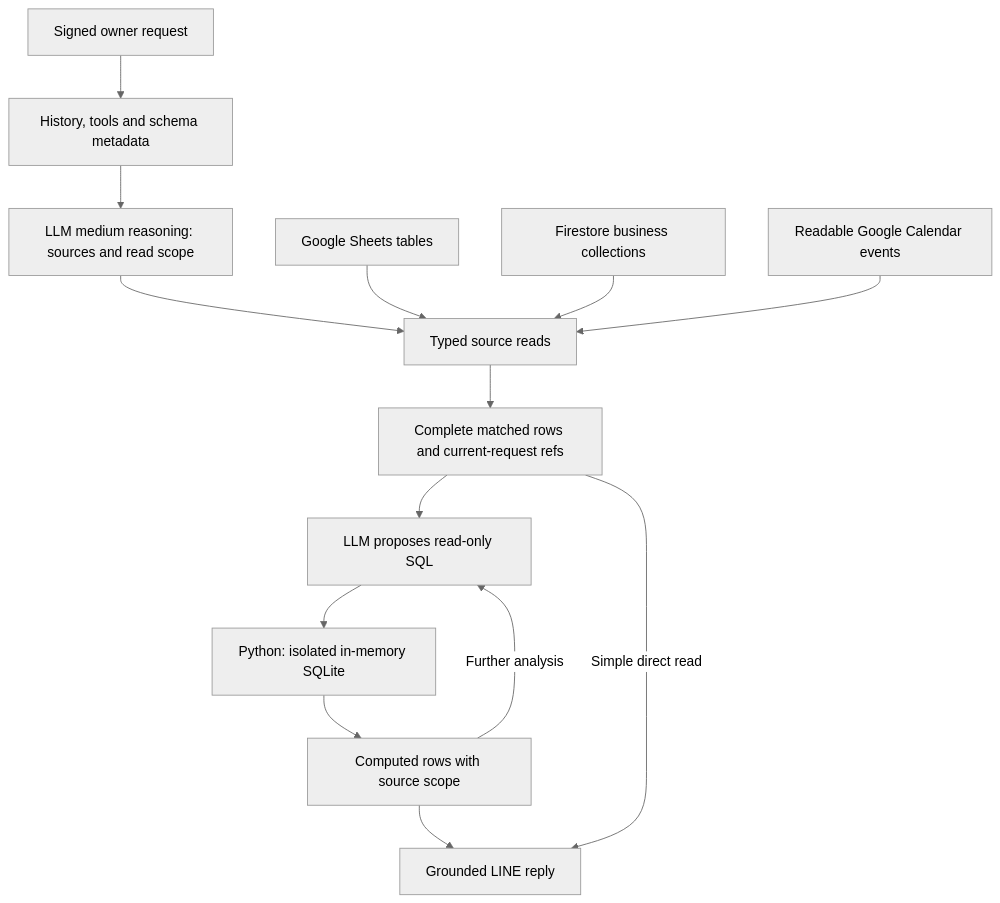
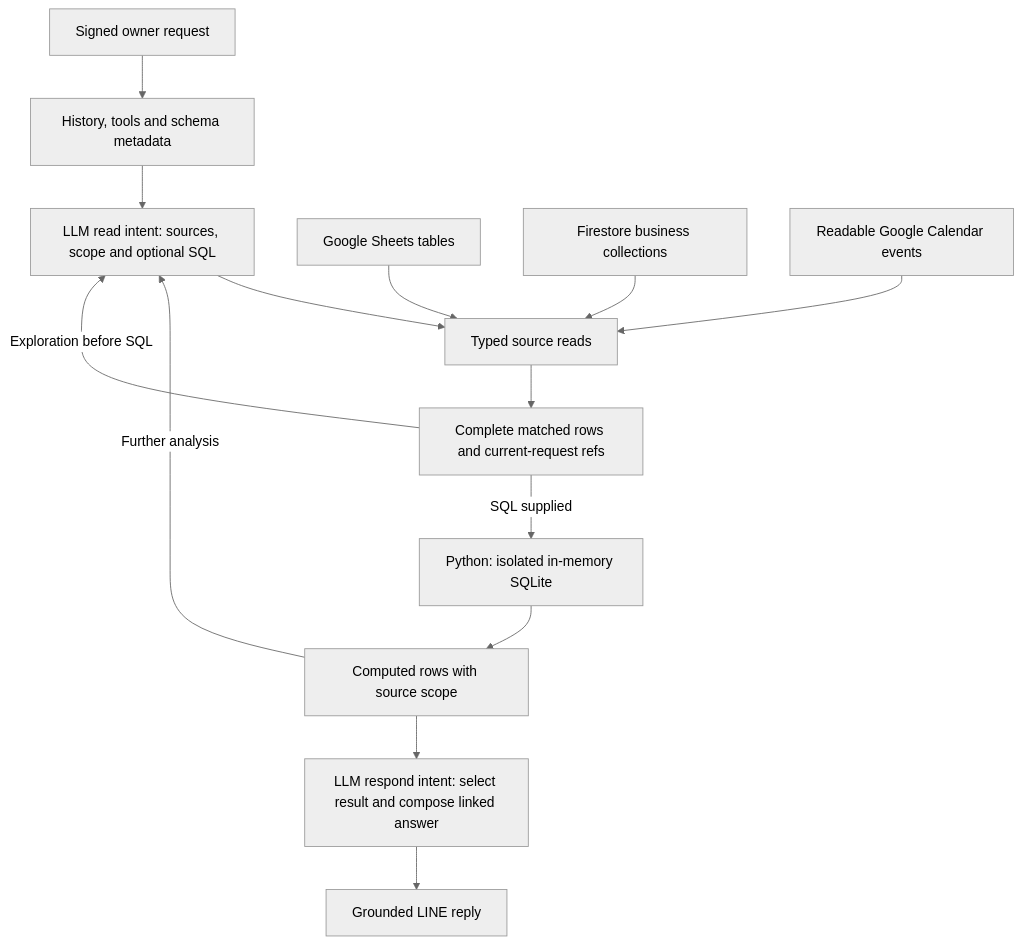
One commit to thanaphatt1/line-personal-assistant changed the first of 2 diagrams in docs/architecture.md. Above: the diagram before and after it, drawn with Mermaid (neutral theme). The commit also changed other lines of this file and 19 other files, not shown here.

````diff
--- a/docs/architecture.md
+++ b/docs/architecture.md
@@ -18,16 +22,16 @@
 ```mermaid
 flowchart TD
     LINE[Signed owner request] --> Context[History, tools and schema metadata]
-    Context --> Plan[LLM medium reasoning: sources and read scope]
+    Context --> Plan[LLM read intent: sources, scope and optional SQL]
     Plan --> Read[Typed source reads]
     Sheets[Google Sheets tables] --> Read
     Firestore[Firestore business collections] --> Read
     Calendar[Readable Google Calendar events] --> Read
     Read --> Snapshot[Complete matched rows and current-request refs]
-    Snapshot --> SQL[LLM proposes read-only SQL]
-    SQL --> Execute[Python: isolated in-memory SQLite]
+    Snapshot -->|SQL supplied| Execute[Python: isolated in-memory SQLite]
     Execute --> Result[Computed rows with source scope]
-    Result --> Reply[Grounded LINE reply]
-    Result -->|Further analysis| SQL
-    Snapshot -->|Simple direct read| Reply
+    Result --> Compose[LLM respond intent: select result and compose linked answer]
+    Compose --> Reply[Grounded LINE reply]
+    Result -->|Further analysis| Plan
+    Snapshot -->|Exploration before SQL| Plan
 ```
````
